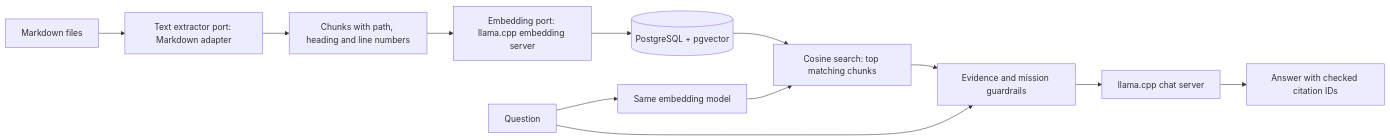
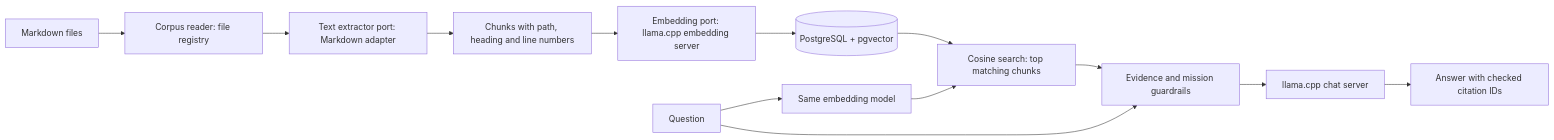
One commit to Westerbay/Cloudflare-RAG changed the diagram in docs/architecture.md. Above: the diagram before and after it, drawn with Mermaid. The commit also changed other lines of this file and 2 other files, not shown here.

````diff
--- a/docs/architecture.md
+++ b/docs/architecture.md
@@ -5,14 +5,15 @@
 ```mermaid
 flowchart LR
-  M[Markdown files] --> X[Text extractor port: Markdown adapter]
+  M[Markdown files] --> R[Corpus reader: file registry]
+  R --> X[Text extractor port: Markdown adapter]
   X --> C[Chunks with path, heading and line numbers]
   C --> E[Embedding port: llama.cpp embedding server]
   E --> D[(PostgreSQL + pgvector)]
   Q[Question] --> QE[Same embedding model]
   QE --> S[Cosine search: top matching chunks]
   D --> S
   S --> G[Evidence and mission guardrails]
   Q --> G
   G --> L[llama.cpp chat server]
   L --> A[Answer with checked citation IDs]
 ```
````
